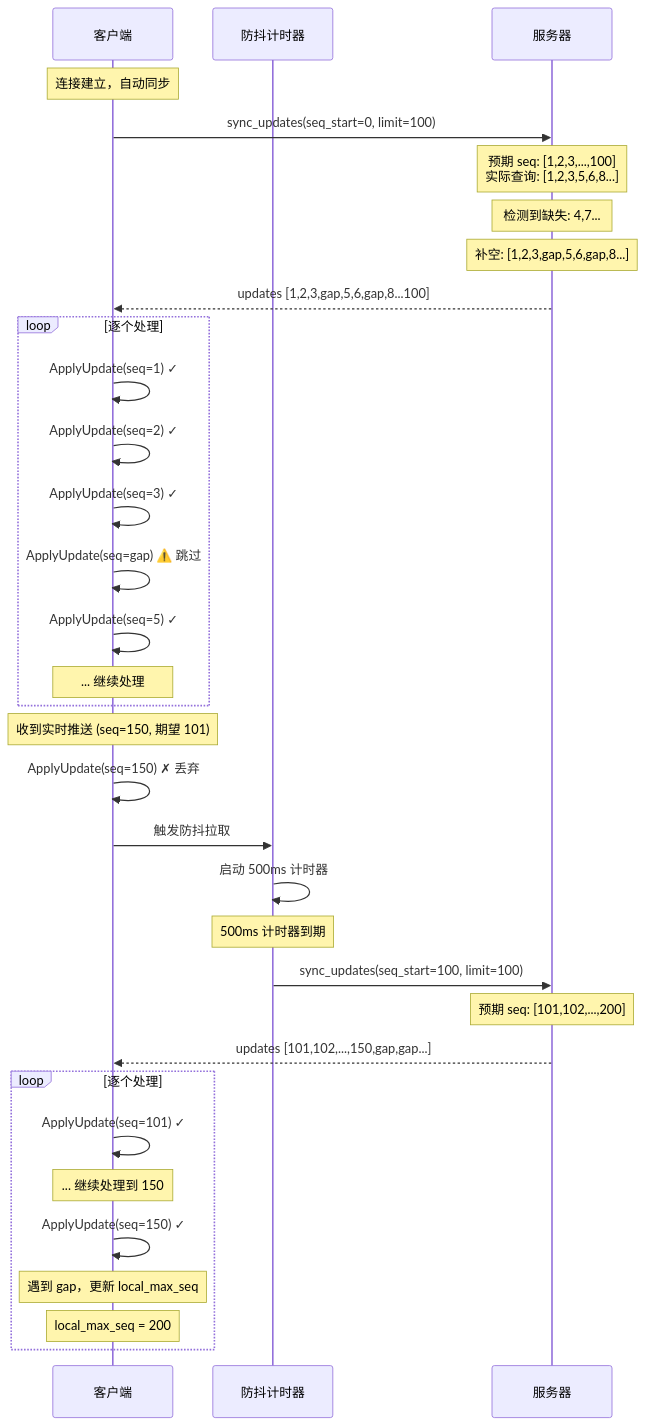
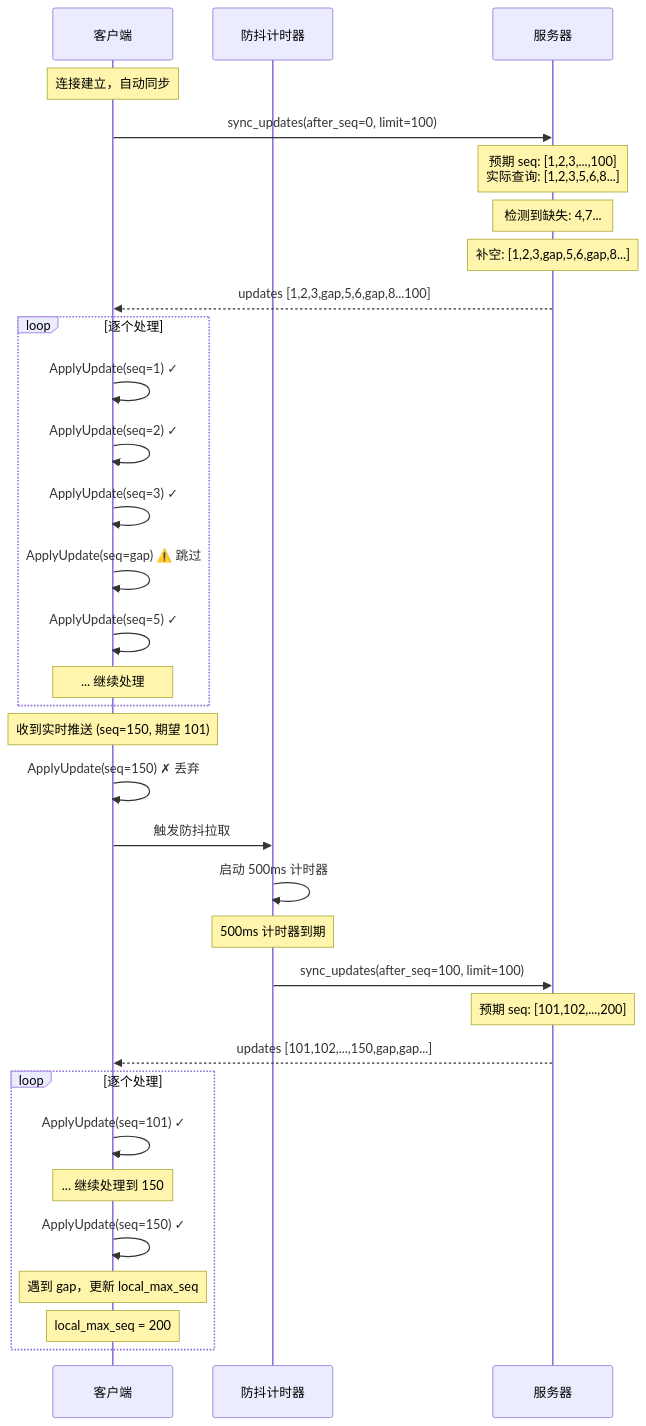
One commit to PineappleBond/xyncra-server changed the fifth of 6 diagrams in docs/plans/2026-07-08-xyncra-client-design.md. Above: the diagram before and after it, drawn with Mermaid. The commit also changed other lines of this file, not shown here.

First line of the commit message:
docs: fix high-priority issues in xyncra-client design

````diff
--- a/docs/plans/2026-07-08-xyncra-client-design.md
+++ b/docs/plans/2026-07-08-xyncra-client-design.md
@@ -281,40 +282,40 @@
 ```mermaid
 sequenceDiagram
     participant Client as 客户端
     participant Timer as 防抖计时器
     participant Server as 服务器
     
     Note over Client: 连接建立，自动同步
-    Client->>Server: sync_updates(seq_start=0, limit=100)
+    Client->>Server: sync_updates(after_seq=0, limit=100)
     Note over Server: 预期 seq: [1,2,3,...,100]<br/>实际查询: [1,2,3,5,6,8...]
     Note over Server: 检测到缺失: 4,7...
     Note over Server: 补空: [1,2,3,gap,5,6,gap,8...]
     Server-->>Client: updates [1,2,3,gap,5,6,gap,8...100]
     
     loop 逐个处理
         Client->>Client: ApplyUpdate(seq=1) ✓
         Client->>Client: ApplyUpdate(seq=2) ✓
         Client->>Client: ApplyUpdate(seq=3) ✓
         Client->>Client: ApplyUpdate(seq=gap) ⚠️ 跳过
         Client->>Client: ApplyUpdate(seq=5) ✓
         Note over Client: ... 继续处理
     end
     
     Note over Client: 收到实时推送 (seq=150, 期望 101)
     Client->>Client: ApplyUpdate(seq=150) ✗ 丢弃
     Client->>Timer: 触发防抖拉取
     Timer->>Timer: 启动 500ms 计时器
     
     Note over Timer: 500ms 计时器到期
-    Timer->>Server: sync_updates(seq_start=100, limit=100)
+    Timer->>Server: sync_updates(after_seq=100, limit=100)
     Note over Server: 预期 seq: [101,102,...,200]
     Server-->>Client: updates [101,102,...,150,gap,gap...]
     
     loop 逐个处理
         Client->>Client: ApplyUpdate(seq=101) ✓
         Note over Client: ... 继续处理到 150
         Client->>Client: ApplyUpdate(seq=150) ✓
         Note over Client: 遇到 gap，更新 local_max_seq
         Note over Client: local_max_seq = 200
     end
 ```
````
